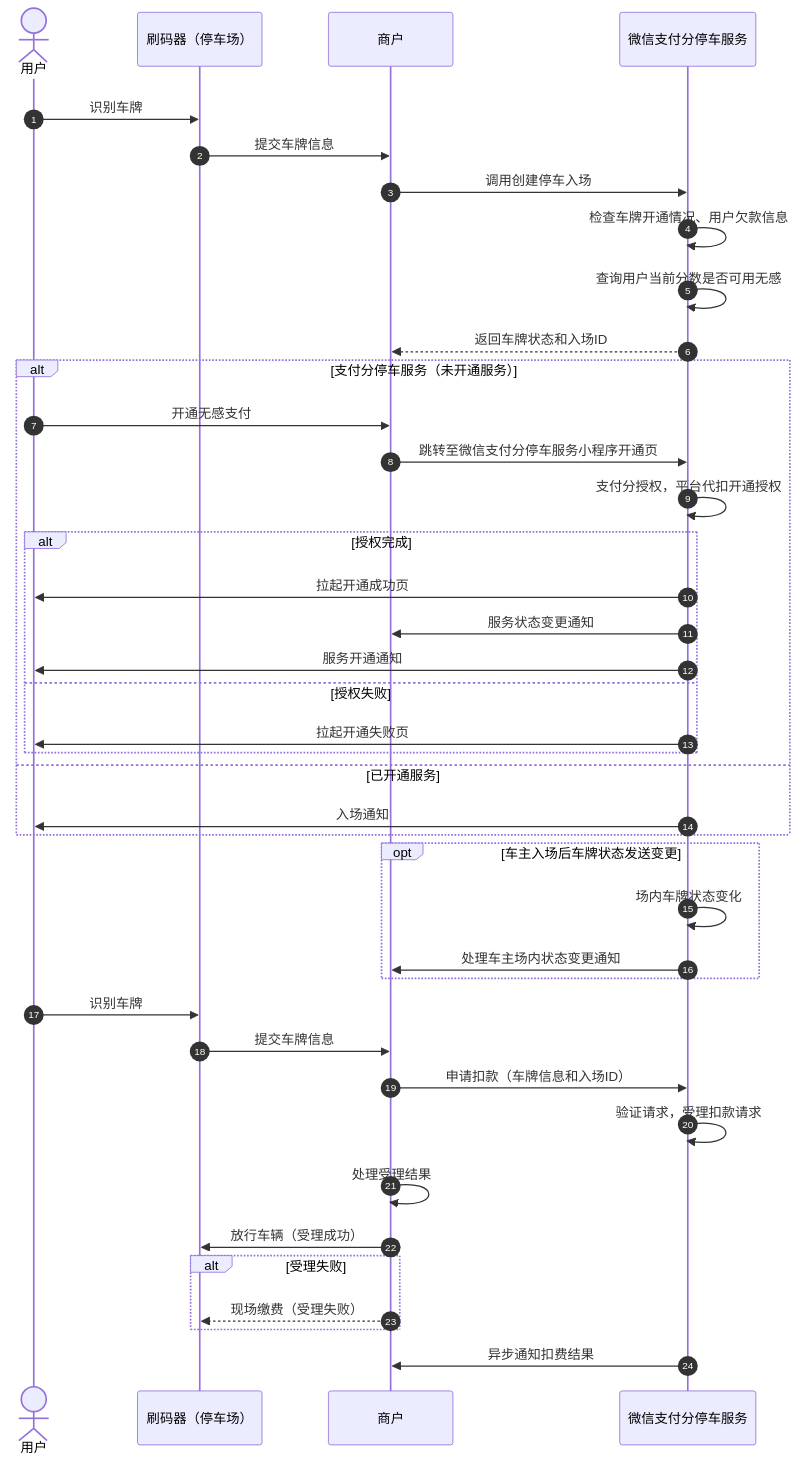
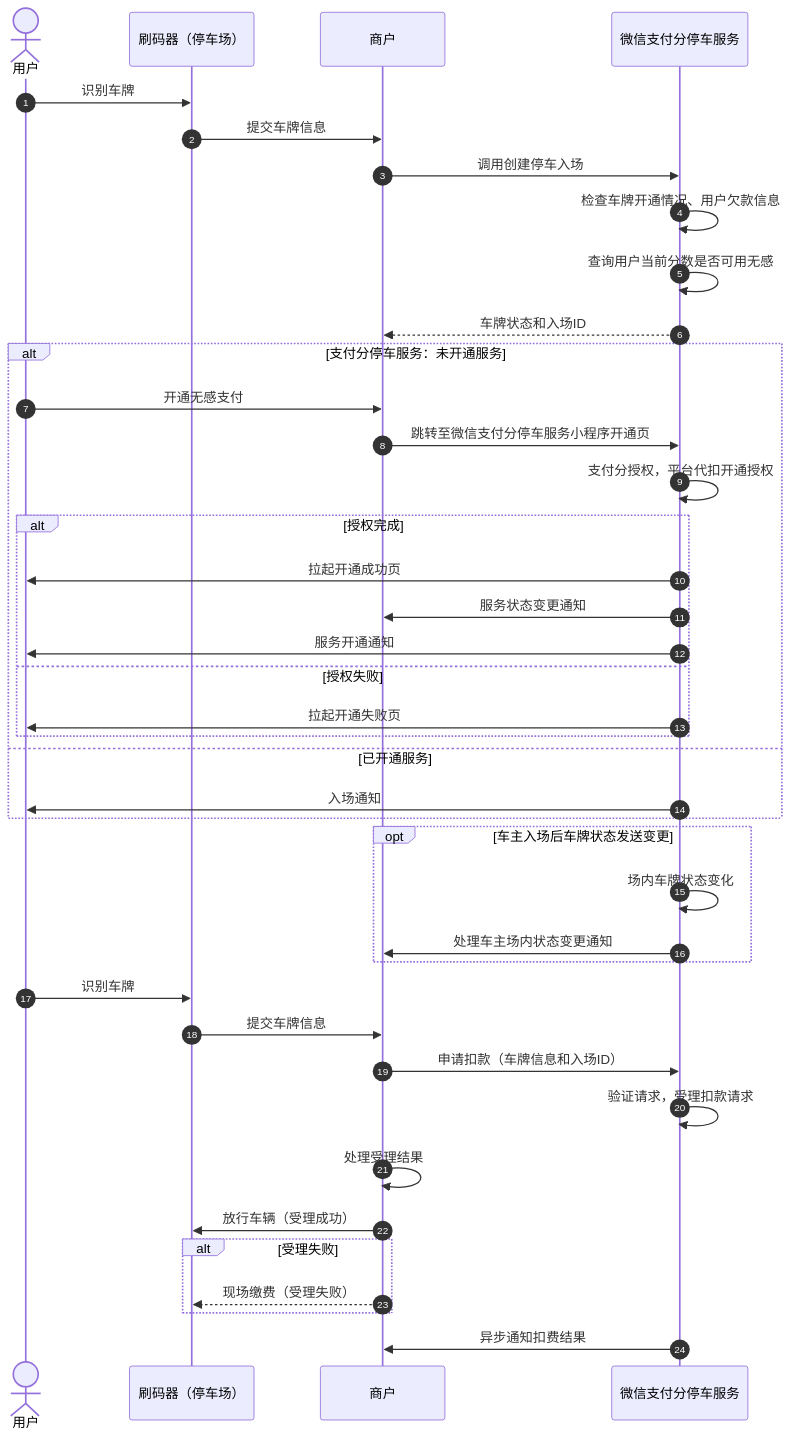
Before and after one commit to minibear2021/wechatpay_docs: the diagram in docs/merchant/pages/4012077649.md, drawn with Mermaid. The commit also changed other lines of this file and 46 other files, not shown here.

````diff
--- a/docs/merchant/pages/4012077649.md
+++ b/docs/merchant/pages/4012077649.md
@@ -17,52 +17,42 @@
 ```mermaid
 sequenceDiagram
-    rect rgb(255,255,255)
-        autonumber
-        actor User as 用户
-        participant P2 as 刷码器（停车场）
-        participant Mch as 商户
-        participant WxPay as 微信支付分停车服务
-
-        User->>P2: 识别车牌
-        P2->>Mch: 提交车牌信息
-        Mch->>WxPay: 调用创建停车入场
-        WxPay->>WxPay: 检查车牌开通情况、用户欠款信息
-        WxPay->>WxPay: 查询用户当前分数是否可用无感
-        WxPay-->>Mch: 返回车牌状态和入场ID
-
-        alt 支付分停车服务（未开通服务）
-            User->>Mch: 开通无感支付
-            Mch->>WxPay: 跳转至微信支付分停车服务小程序开通页
-            WxPay->>WxPay: 支付分授权，平台代扣开通授权
-
-            alt 授权完成
-                WxPay->>User: 拉起开通成功页
-                WxPay->>Mch: 服务状态变更通知
-                WxPay->>User: 服务开通通知
-            else 授权失败
-                WxPay->>User: 拉起开通失败页
-            end
-
-        else 已开通服务
-            WxPay->>User: 入场通知
-        end
-
-        opt 车主入场后车牌状态发送变更
-            WxPay->>WxPay: 场内车牌状态变化
-            WxPay->>Mch: 处理车主场内状态变更通知
-        end
-
-        User->>P2: 识别车牌
-        P2->>Mch: 提交车牌信息
-        Mch->>WxPay: 申请扣款（车牌信息和入场ID）
-        WxPay->>WxPay: 验证请求，受理扣款请求
-        Mch->>Mch: 处理受理结果
-        Mch->>P2: 放行车辆（受理成功）
-
-        alt 受理失败
-            Mch-->>P2: 现场缴费（受理失败）
-        end
-
-        WxPay->>Mch: 异步通知扣费结果
+  autonumber
+  actor p0 as 用户
+  participant p1 as 刷码器（停车场）
+  participant p2 as 商户
+  participant p3 as 微信支付分停车服务
+  p0->>p1: 识别车牌
+  p1->>p2: 提交车牌信息
+  p2->>p3: 调用创建停车入场
+  p3->>p3: 检查车牌开通情况、用户欠款信息
+  p3->>p3: 查询用户当前分数是否可用无感
+  p3-->>p2: 车牌状态和入场ID
+  alt 支付分停车服务：未开通服务
+    p0->>p2: 开通无感支付
+    p2->>p3: 跳转至微信支付分停车服务小程序开通页
+    p3->>p3: 支付分授权，平台代扣开通授权
+    alt 授权完成
+      p3->>p0: 拉起开通成功页
+      p3->>p2: 服务状态变更通知
+      p3->>p0: 服务开通通知
+    else 授权失败
+      p3->>p0: 拉起开通失败页
     end
+  else 已开通服务
+    p3->>p0: 入场通知
+  end
+  opt 车主入场后车牌状态发送变更
+    p3->>p3: 场内车牌状态变化
+    p3->>p2: 处理车主场内状态变更通知
+  end
+  p0->>p1: 识别车牌
+  p1->>p2: 提交车牌信息
+  p2->>p3: 申请扣款（车牌信息和入场ID）
+  p3->>p3: 验证请求，受理扣款请求
+  p2->>p2: 处理受理结果
+  p2->>p1: 放行车辆（受理成功）
+  alt 受理失败
+    p2-->>p1: 现场缴费（受理失败）
+  end
+  p3->>p2: 异步通知扣费结果
 ```
````
